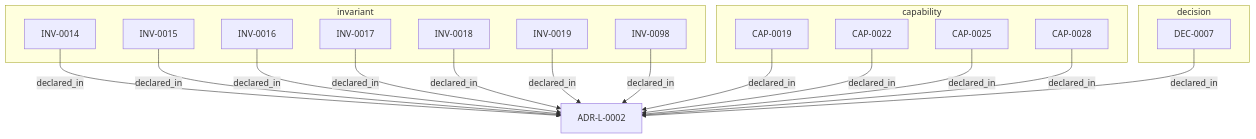
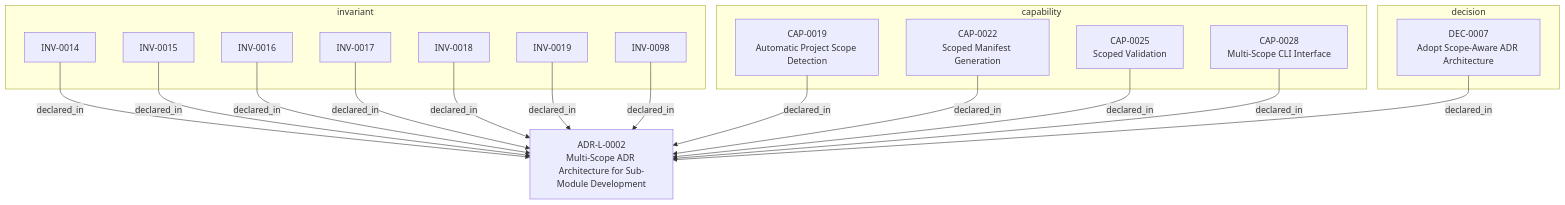
The second of 2 diagrams in adrs/adr-projection/logical/ADR-L-0002-multi-scope-adr-architecture-for-sub-module-development.md (egallmann/adr-architecture-kit), drawn with Mermaid before and after one commit. The commit also changed other lines of this file and 35 other files, not shown here.

````diff
--- a/adrs/adr-projection/logical/ADR-L-0002-multi-scope-adr-architecture-for-sub-module-development.md
+++ b/adrs/adr-projection/logical/ADR-L-0002-multi-scope-adr-architecture-for-sub-module-development.md
@@ -165,34 +165,34 @@
 ```mermaid
 flowchart TB
-  n_019fee89_e615_7f19_810b_c7b33a9d9e0d["ADR-L-0002"]
+  n_019fee89_e615_7f19_810b_c7b33a9d9e0d["ADR-L-0002<br/>Multi-Scope ADR Architecture for Sub-Module Development"]
   subgraph sg_capability["capability"]
-    n_019fee89_e615_78f5_903a_4c5d1bab8f38["CAP-0019"]
-    n_019fee89_e615_7dc5_983a_beb68ed34cde["CAP-0022"]
-    n_019fee89_e615_7ba4_bd19_1d7abf1a3ed2["CAP-0025"]
-    n_019fee89_e615_7aa2_8817_c4f468c90b66["CAP-0028"]
+    n_019fee89_e615_78f5_903a_4c5d1bab8f38["CAP-0019<br/>Automatic Project Scope Detection"]
+    n_019fee89_e615_7dc5_983a_beb68ed34cde["CAP-0022<br/>Scoped Manifest Generation"]
+    n_019fee89_e615_7ba4_bd19_1d7abf1a3ed2["CAP-0025<br/>Scoped Validation"]
+    n_019fee89_e615_7aa2_8817_c4f468c90b66["CAP-0028<br/>Multi-Scope CLI Interface"]
   end
   subgraph sg_decision["decision"]
-    n_019fee89_e615_7d71_9517_aeb9fe601fd6["DEC-0007"]
+    n_019fee89_e615_7d71_9517_aeb9fe601fd6["DEC-0007<br/>Adopt Scope-Aware ADR Architecture"]
   end
   subgraph sg_invariant["invariant"]
     n_019fee89_e615_7db0_a219_22110deb7ed0["INV-0014"]
     n_019fee89_e615_7478_ab17_36426863f751["INV-0015"]
     n_019fee89_e615_7911_ac25_c8772b55ffbb["INV-0016"]
     n_019fee89_e615_7a25_9d3f_1758c79a12e7["INV-0017"]
     n_019fee89_e615_7f59_842e_2dc1fcfbc380["INV-0018"]
     n_019fee89_e615_7169_8a2e_9192ab77b526["INV-0019"]
     n_019fee89_e615_70ae_af3e_bd510f15d321["INV-0098"]
   end
   n_019fee89_e615_70ae_af3e_bd510f15d321 -->|"declared_in"| n_019fee89_e615_7f19_810b_c7b33a9d9e0d
   n_019fee89_e615_7169_8a2e_9192ab77b526 -->|"declared_in"| n_019fee89_e615_7f19_810b_c7b33a9d9e0d
   n_019fee89_e615_7478_ab17_36426863f751 -->|"declared_in"| n_019fee89_e615_7f19_810b_c7b33a9d9e0d
   n_019fee89_e615_78f5_903a_4c5d1bab8f38 -->|"declared_in"| n_019fee89_e615_7f19_810b_c7b33a9d9e0d
   n_019fee89_e615_7911_ac25_c8772b55ffbb -->|"declared_in"| n_019fee89_e615_7f19_810b_c7b33a9d9e0d
   n_019fee89_e615_7a25_9d3f_1758c79a12e7 -->|"declared_in"| n_019fee89_e615_7f19_810b_c7b33a9d9e0d
   n_019fee89_e615_7aa2_8817_c4f468c90b66 -->|"declared_in"| n_019fee89_e615_7f19_810b_c7b33a9d9e0d
   n_019fee89_e615_7ba4_bd19_1d7abf1a3ed2 -->|"declared_in"| n_019fee89_e615_7f19_810b_c7b33a9d9e0d
   n_019fee89_e615_7d71_9517_aeb9fe601fd6 -->|"declared_in"| n_019fee89_e615_7f19_810b_c7b33a9d9e0d
   n_019fee89_e615_7db0_a219_22110deb7ed0 -->|"declared_in"| n_019fee89_e615_7f19_810b_c7b33a9d9e0d
   n_019fee89_e615_7dc5_983a_beb68ed34cde -->|"declared_in"| n_019fee89_e615_7f19_810b_c7b33a9d9e0d
   n_019fee89_e615_7f59_842e_2dc1fcfbc380 -->|"declared_in"| n_019fee89_e615_7f19_810b_c7b33a9d9e0d
 ```
````
